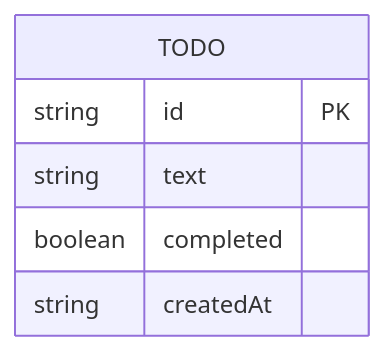
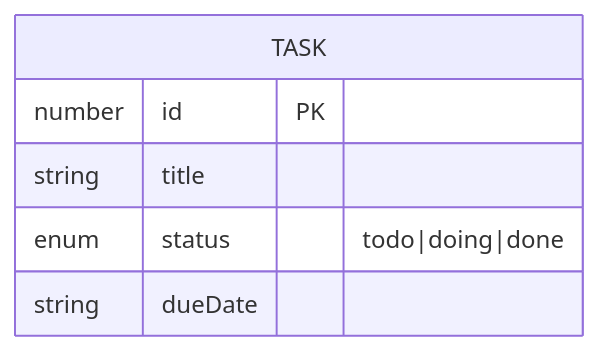
One commit to sinyroom/To-do-List changed the second of 3 diagrams in .trae/documents/todo-app-architecture.md. Above: the diagram before and after it, drawn with Mermaid. The commit also changed other lines of this file and 1 other file, not shown here.

````diff
--- a/.trae/documents/todo-app-architecture.md
+++ b/.trae/documents/todo-app-architecture.md
@@ -33,9 +43,9 @@
 ```mermaid
 erDiagram
-  TODO {
-    string id PK
-    string text
-    boolean completed
-    string createdAt
+  TASK {
+    number id PK
+    string title
+    enum status "todo|doing|done"
+    string dueDate
   }
 ```
````
